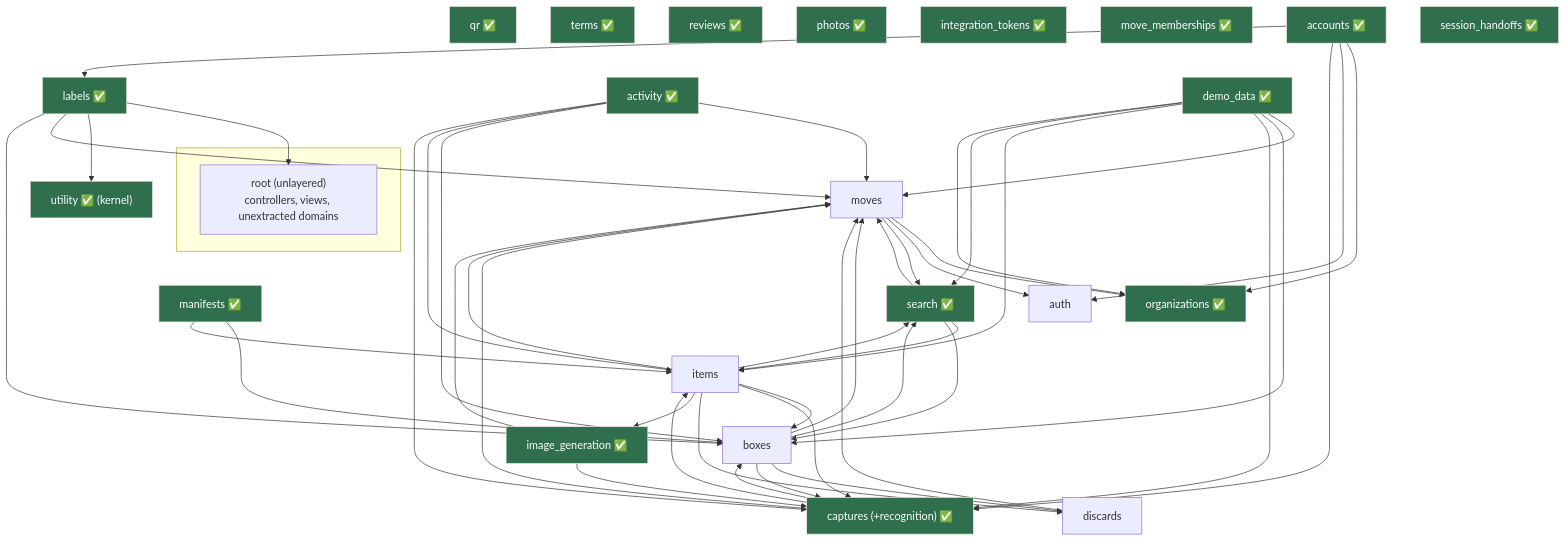
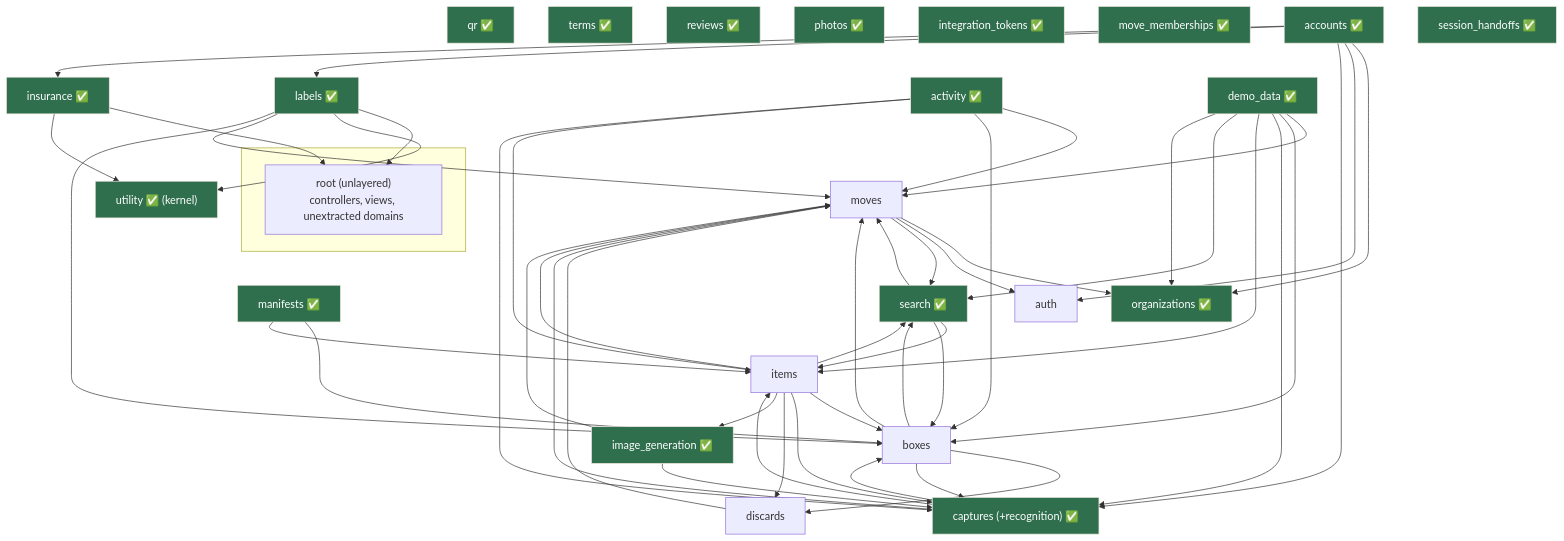
Before and after one commit to joel/move: the diagram in doc/project/packwerk-boundaries.md, drawn with Mermaid. The commit also changed other lines of this file and 68 other files, not shown here.

````diff
--- a/doc/project/packwerk-boundaries.md
+++ b/doc/project/packwerk-boundaries.md
@@ -197,46 +198,48 @@
 ```mermaid
 graph TD
     subgraph application [" "]
       root["root (unlayered)<br/>controllers, views, unextracted domains"]
     end
 
     labels["labels ✅"]
+    insurance["insurance ✅"]
     utility["utility ✅ (kernel)"]
     boxes["boxes"]
     items["items"]
     moves["moves"]
     captures["captures (+recognition) ✅"]
     search["search ✅"]
     image_gen["image_generation ✅"]
     activity["activity ✅"]
     qr["qr ✅"]
     terms["terms ✅"]
     reviews["reviews ✅"]
     photos["photos ✅"]
     integration_tokens["integration_tokens ✅"]
     move_memberships["move_memberships ✅"]
     manifests["manifests ✅"]
     discards["discards"]
     accounts["accounts ✅"]
     demo["demo_data ✅"]
     tenancy["organizations ✅"]
     session_handoffs["session_handoffs ✅"]
     auth["auth"]
 
     labels --> root & utility
     boxes --> moves & discards & search & captures
     items --> boxes & moves & captures & discards & image_gen & search
     captures --> moves & boxes & items
     search --> moves & items & boxes
     moves --> tenancy & auth & search
     image_gen --> moves & captures
     activity --> moves & boxes & items & captures
     manifests --> boxes & items
     labels --> moves & boxes
-    accounts --> tenancy & auth & captures & labels
+    insurance --> root & utility
+    accounts --> tenancy & auth & captures & labels & insurance
     demo --> moves & boxes & captures & items & search & tenancy
     discards --> moves
 
     classDef done fill:#2f6f4e,stroke:#ECE7DC,color:#fff;
-    class labels,utility,manifests,search,activity,qr,terms,reviews,photos,integration_tokens,move_memberships,session_handoffs,accounts,vocabularies,image_gen,demo,captures,tenancy done;
+    class labels,insurance,utility,manifests,search,activity,qr,terms,reviews,photos,integration_tokens,move_memberships,session_handoffs,accounts,vocabularies,image_gen,demo,captures,tenancy done;
 ```
````
